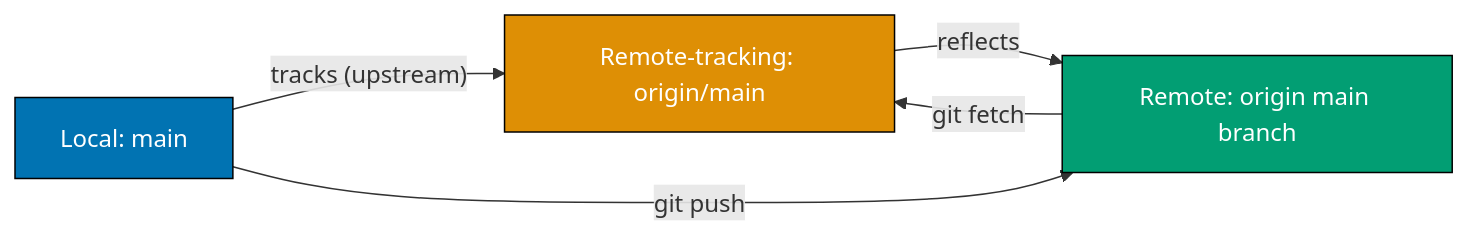
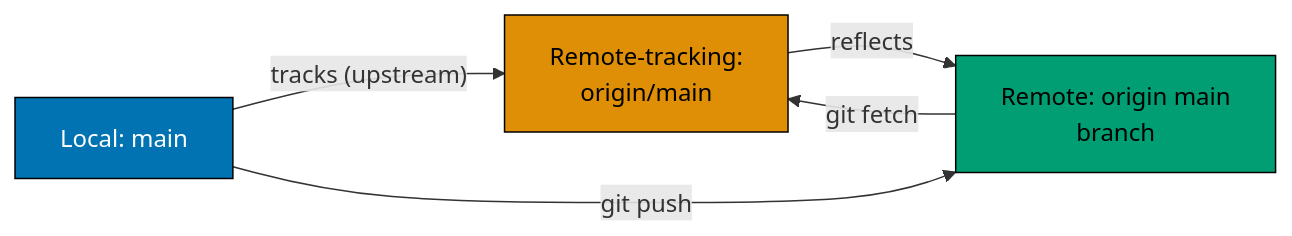
The ninth of 10 diagrams in apps/ayokoding-www/content/en/learn/legacy/software-engineering/automation-tools/git/by-example/intermediate.md (wahidyankf/ose-public), drawn with Mermaid before and after one commit. The commit also changed other lines of this file and 131 other files, not shown here.

First line of the commit message:
fix(mermaid): bring the legacy data, infrastructure, and testing diagrams onto the accessible palette

````diff
--- a/apps/ayokoding-www/content/en/learn/legacy/software-engineering/automation-tools/git/by-example/intermediate.md
+++ b/apps/ayokoding-www/content/en/learn/legacy/software-engineering/automation-tools/git/by-example/intermediate.md
@@ -1189,16 +1244,22 @@
 ```mermaid
 %% Color Palette: Blue #0173B2, Orange #DE8F05, Teal #029E73, Purple #CC78BC, Brown #CA9161
 graph LR
+    accTitle: Example 52: Tracking Branches and Upstream Configuration
+    accDescr: Graph with 3 nodes and 4 connections. Nodes: Local: main, Remote-tracking: origin/main, Remote: origin main branch. Connections: Local: main to Remote-tracking: origin/main (tracks (upstream)), Remote-tracking: origin/main to Remote: origin main branch (reflects), Remote: origin main branch to Remote-tracking: origin/main (git fetch), Local: main to Remote: origin main branch (git push).
     A["Local: main"]
-    B["Remote-tracking: origin/main"]
-    C["Remote: origin main branch"]
+    B["Remote-tracking:<br/>origin/main"]
+    C["Remote: origin main<br/>branch"]
 
     A -->|"tracks (upstream)"| B
     B -->|"reflects"| C
     C -->|"git fetch"| B
     A -->|"git push"| C
 
-    style A fill:#0173B2,stroke:#000,color:#fff
-    style B fill:#DE8F05,stroke:#000,color:#fff
-    style C fill:#029E73,stroke:#000,color:#fff
+    classDef pal-0173B2 fill:#0173B2,stroke:#000000,color:#FFFFFF
+    class A pal-0173B2
+    classDef pal-DE8F05 fill:#DE8F05,stroke:#000000,color:#000000
+    class B pal-DE8F05
+    classDef pal-029E73 fill:#029E73,stroke:#000000,color:#000000
+    class C pal-029E73
+    classDef default fill:#FFFFFF,stroke:#000000,color:#000000
 ```
````
